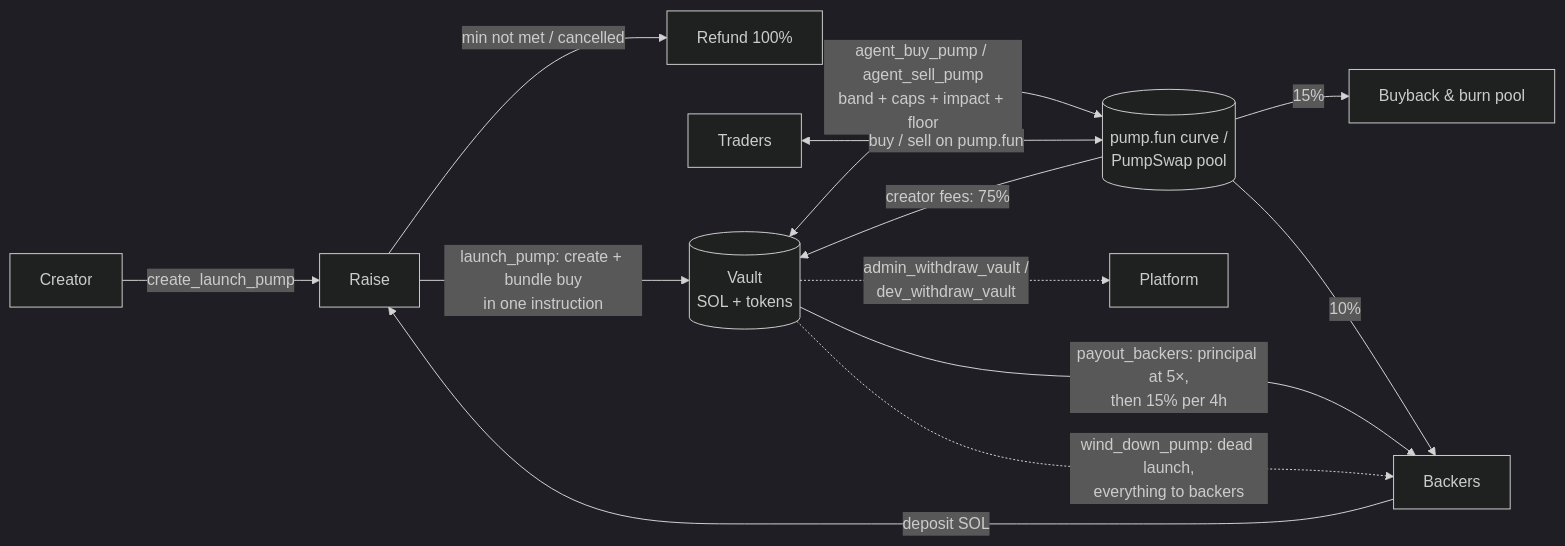
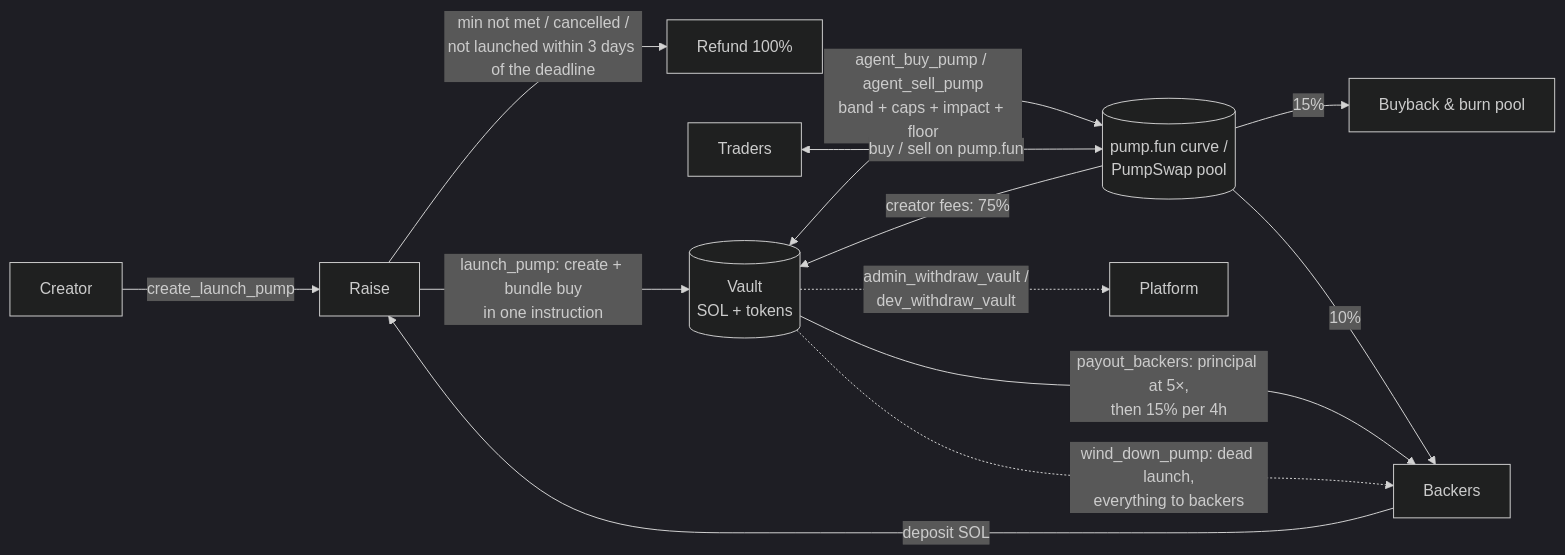
One commit to realdoomsman/moshsol changed the diagram in README.md. Above: the diagram before and after it, drawn with Mermaid (dark theme). The commit also changed other lines of this file and 43 other files, not shown here.

````diff
--- a/README.md
+++ b/README.md
@@ -17,15 +17,15 @@
 ```mermaid
 flowchart LR
   C[Creator] -->|create_launch_pump| R[Raise]
   B[Backers] -->|deposit SOL| R
-  R -->|min not met / cancelled| RF[Refund 100%]
+  R -->|min not met / cancelled /<br/>not launched within 3 days of the deadline| RF[Refund 100%]
   R -->|launch_pump: create + bundle buy<br/>in one instruction| V[(Vault<br/>SOL + tokens)]
   V <-->|agent_buy_pump / agent_sell_pump<br/>band + caps + impact + floor| CU[(pump.fun curve /<br/>PumpSwap pool)]
   T[Traders] <-->|buy / sell on pump.fun| CU
   CU -->|creator fees: 75%| V
   CU -->|15%| BB[Buyback & burn pool]
   CU -->|10%| B
   V -->|payout_backers: principal at 5×,<br/>then 15% per 4h| B
   V -.->|admin_withdraw_vault /<br/>dev_withdraw_vault| P[Platform]
   V -.->|wind_down_pump: dead launch,<br/>everything to backers| B
 ```
````
